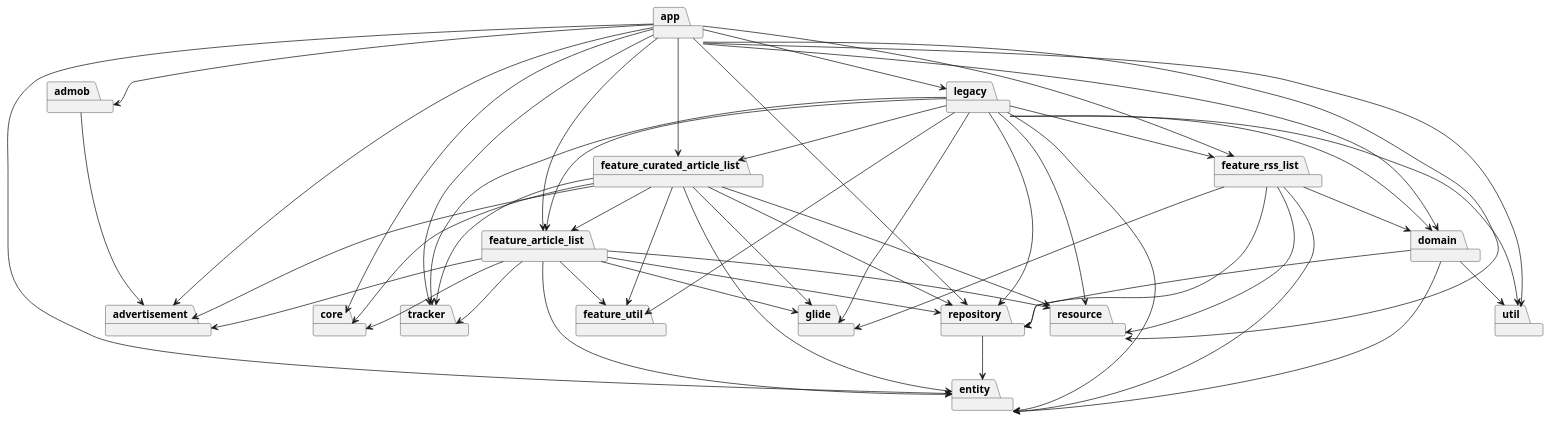
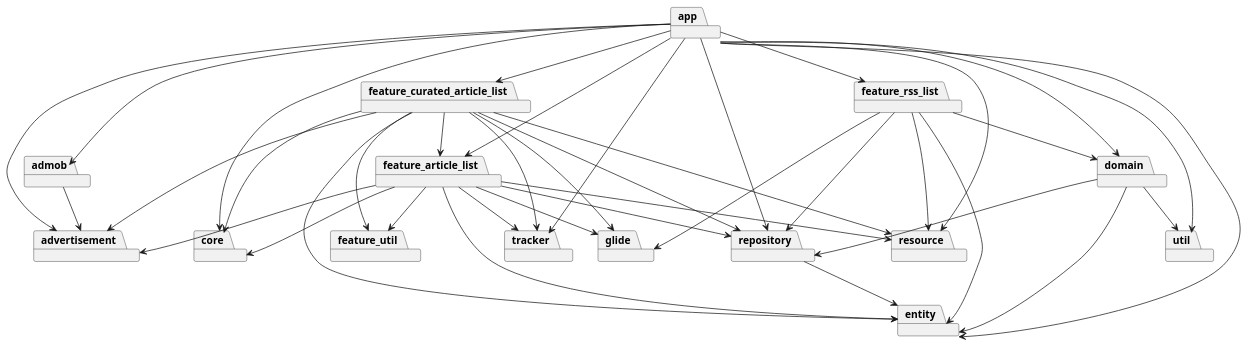
Before and after one commit to phicdy/MyCuration: the diagram in modules.plantuml, drawn with PlantUML. The commit also changed 1 other file, not shown here.

```diff
--- a/modules.plantuml
+++ b/modules.plantuml
@@ -1,79 +1,65 @@
 @startuml
 
 package app
 package advertisement
 package admob
 package core
 package repository
 package entity
 package domain
-package legacy
 package feature_article_list
 package feature_curated_article_list
 package feature_rss_list
 package feature_util
 package glide
 package resource
 package util
 package tracker
 
 app -down-> repository
 app -down-> entity
 app -down-> domain
-app -down-> legacy
 app -down-> feature_article_list
 app -down-> feature_curated_article_list
 app -down-> feature_rss_list
 app -down-> resource
 app -down-> util
 app -down-> tracker
 app -down-> core
 app -down-> advertisement
 app -down-> admob
 
 admob -down-> advertisement
 
 domain -down-> entity
 domain -down-> repository
 domain -down-> util
 
 feature_article_list -down-> repository
 feature_article_list -down-> entity
 feature_article_list -down-> glide
 feature_article_list -down-> feature_util
 feature_article_list -down-> resource
 feature_article_list -down-> tracker
 feature_article_list -down-> core
 feature_article_list -down-> advertisement
 
 feature_curated_article_list -down-> core
 feature_curated_article_list -down-> entity
 feature_curated_article_list -down-> feature_article_list
 feature_curated_article_list -down-> repository
 feature_curated_article_list -down-> glide
 feature_curated_article_list -down-> feature_util
 feature_curated_article_list -down-> resource
 feature_curated_article_list -down-> tracker
 feature_curated_article_list -down-> advertisement
 
 feature_rss_list -down-> repository
 feature_rss_list -down-> domain
 feature_rss_list -down-> entity
 feature_rss_list -down-> glide
 feature_rss_list -down-> resource
 
-legacy -down-> repository
-legacy -down-> entity
-legacy -down-> domain
-legacy -down-> feature_util
-legacy -down-> feature_article_list
-legacy -down-> feature_curated_article_list
-legacy -down-> feature_rss_list
-legacy -down-> resource
-legacy -down-> util
-legacy -down-> tracker
-legacy -down-> glide
-
 repository -down-> entity
 
 @enduml
```
